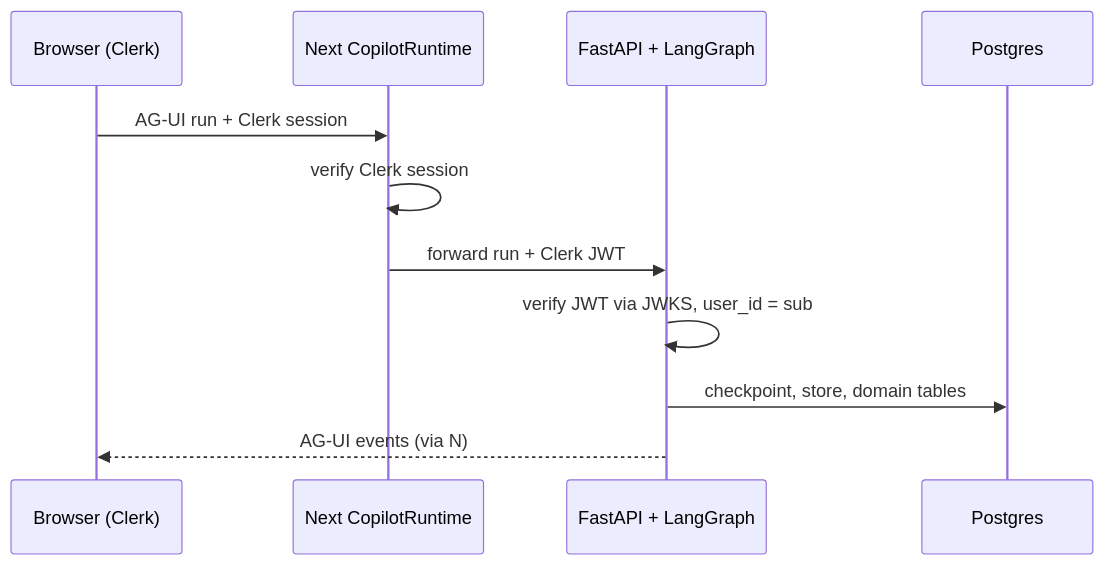
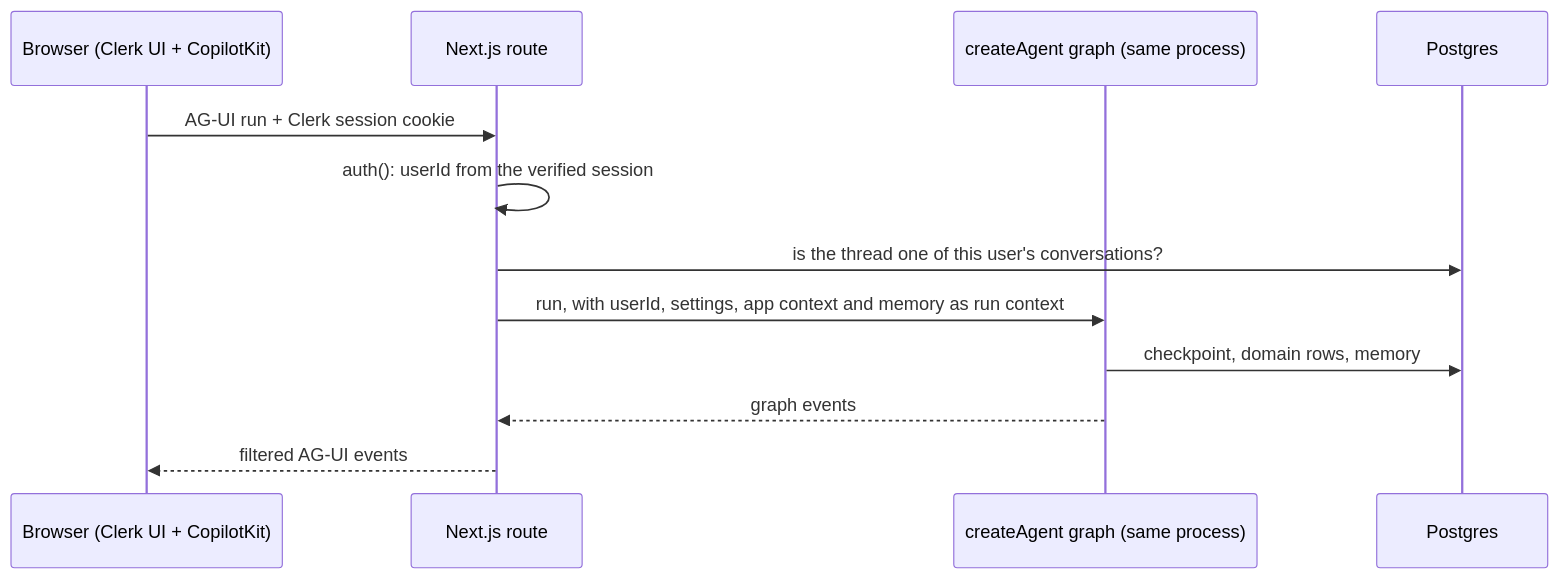
One commit to hoanhoang-agilityio/Assistant-Learning changed the third of 4 diagrams in learning-assistant/docs/design.md. Above: the diagram before and after it, drawn with Mermaid. The commit also changed other lines of this file and 1 other file, not shown here.

````diff
--- a/learning-assistant/docs/design.md
+++ b/learning-assistant/docs/design.md
@@ -275,13 +278,14 @@
 ```mermaid
 sequenceDiagram
-  participant B as Browser (Clerk)
-  participant N as Next CopilotRuntime
-  participant F as FastAPI + LangGraph
+  participant B as Browser (Clerk UI + CopilotKit)
+  participant N as Next.js route
+  participant G as createAgent graph (same process)
   participant P as Postgres
-  B->>N: AG-UI run + Clerk session
-  N->>N: verify Clerk session
-  N->>F: forward run + Clerk JWT
-  F->>F: verify JWT via JWKS, user_id = sub
-  F->>P: checkpoint, store, domain tables
-  F-->>B: AG-UI events (via N)
+  B->>N: AG-UI run + Clerk session cookie
+  N->>N: auth(): userId from the verified session
+  N->>P: is the thread one of this user's conversations?
+  N->>G: run, with userId, settings, app context and memory as run context
+  G->>P: checkpoint, domain rows, memory
+  G-->>N: graph events
+  N-->>B: filtered AG-UI events
 ```
````
